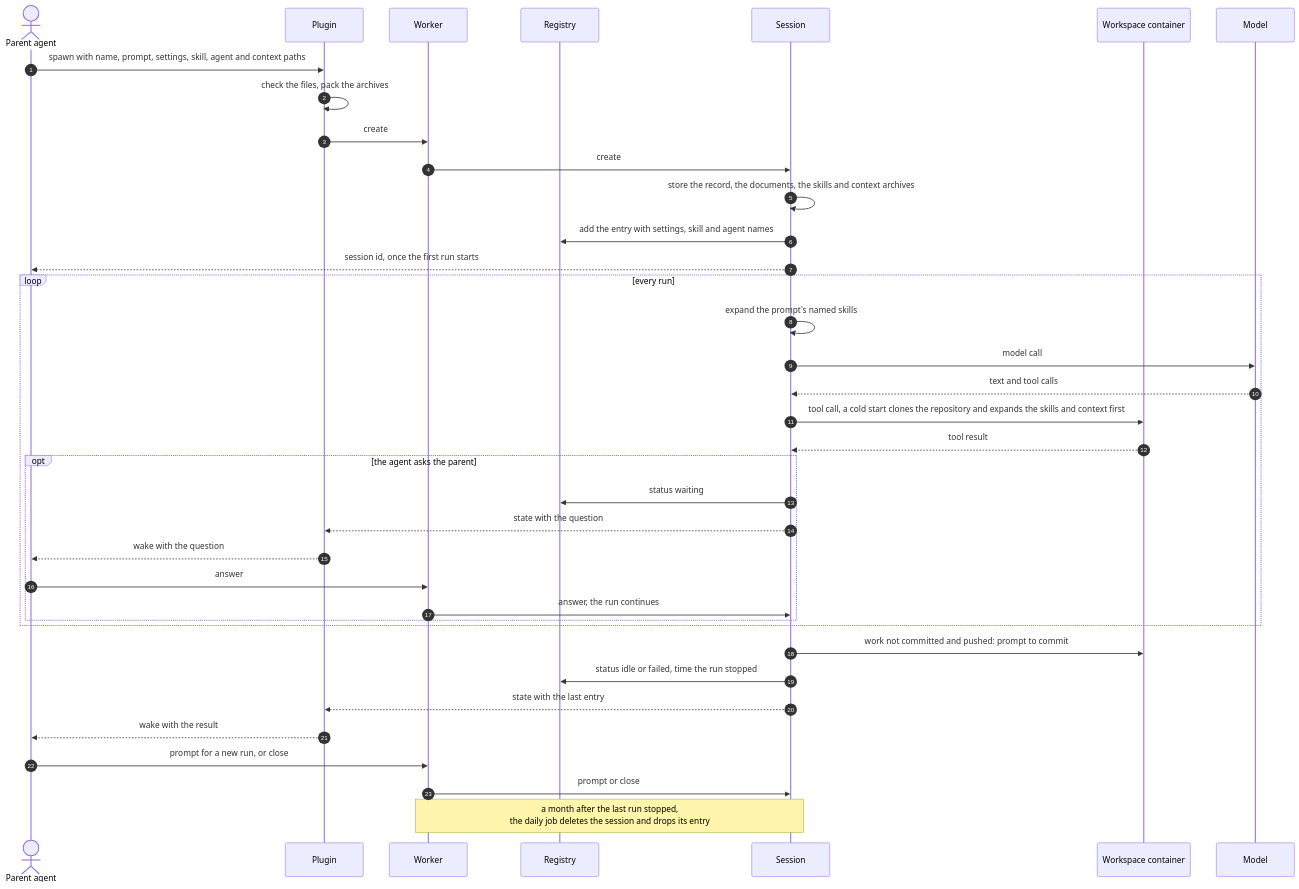
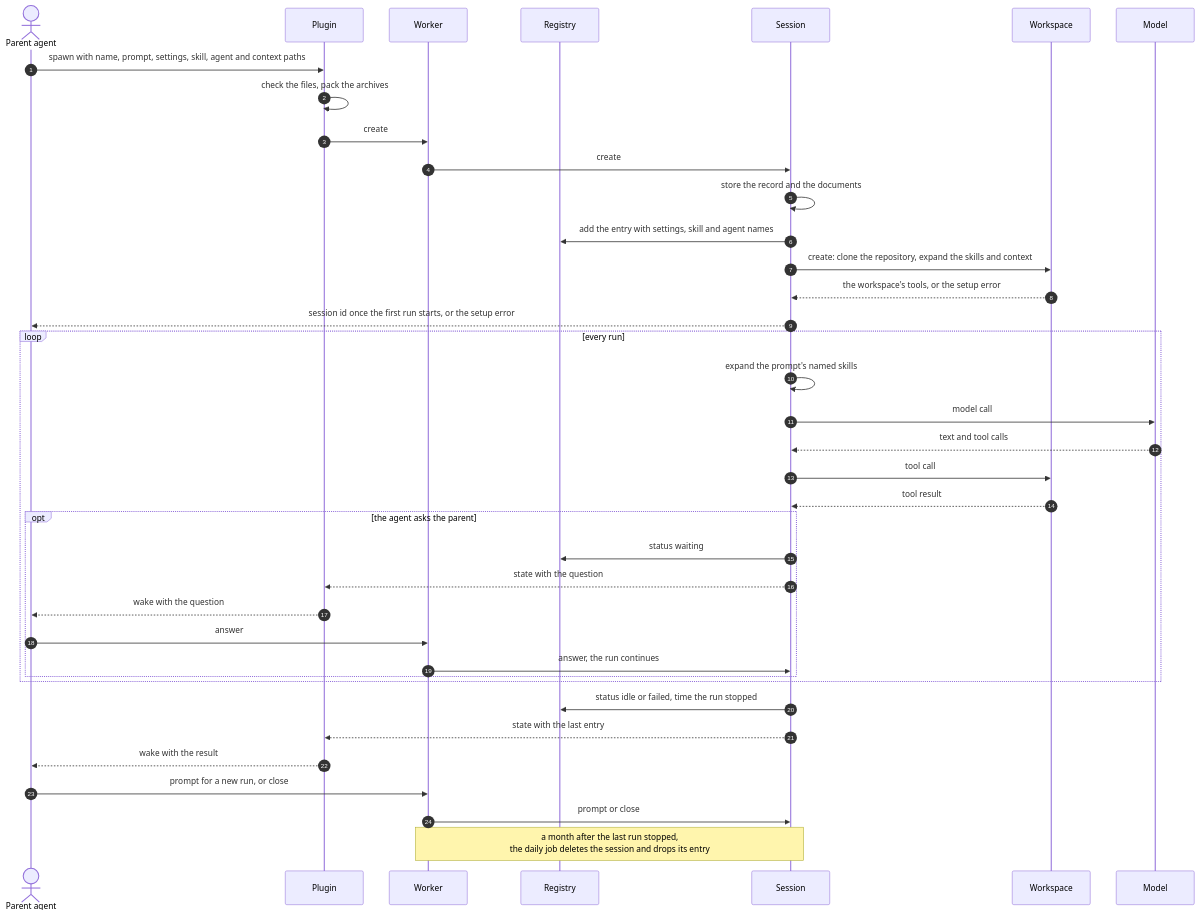
One commit to asermax/tentacles changed the first of 8 diagrams in docs/technical-design/sessions.md. Above: the diagram before and after it, drawn with Mermaid. The commit also changed other lines of this file and 14 other files, not shown here.

Commit message:
docs: record the Cloudflare Computer workspace design and move the Cloudflare details into provider notes

````diff
--- a/docs/technical-design/sessions.md
+++ b/docs/technical-design/sessions.md
@@ -15,39 +15,40 @@
 ```mermaid
 sequenceDiagram
     autonumber
     actor P as Parent agent
     participant H as Plugin
     participant W as Worker
     participant R as Registry
     participant S as Session
-    participant C as Workspace container
+    participant Ws as Workspace
     participant M as Model
     P->>H: spawn with name, prompt, settings, skill, agent and context paths
     H->>H: check the files, pack the archives
     H->>W: create
     W->>S: create
-    S->>S: store the record, the documents, the skills and context archives
+    S->>S: store the record and the documents
     S->>R: add the entry with settings, skill and agent names
-    S-->>P: session id, once the first run starts
+    S->>Ws: create: clone the repository, expand the skills and context
+    Ws-->>S: the workspace's tools, or the setup error
+    S-->>P: session id once the first run starts, or the setup error
     loop every run
         S->>S: expand the prompt's named skills
         S->>M: model call
         M-->>S: text and tool calls
-        S->>C: tool call, a cold start clones the repository and expands the skills and context first
-        C-->>S: tool result
+        S->>Ws: tool call
+        Ws-->>S: tool result
         opt the agent asks the parent
             S->>R: status waiting
             S-->>H: state with the question
             H-->>P: wake with the question
             P->>W: answer
             W->>S: answer, the run continues
         end
     end
-    S->>C: work not committed and pushed: prompt to commit
     S->>R: status idle or failed, time the run stopped
     S-->>H: state with the last entry
     H-->>P: wake with the result
     P->>W: prompt for a new run, or close
     W->>S: prompt or close
     Note over W,S: a month after the last run stopped,<br/>the daily job deletes the session and drops its entry
 ```
````
